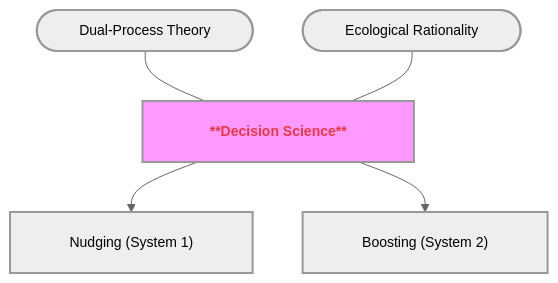
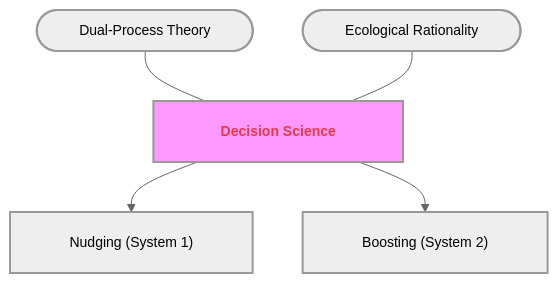
The fifth of 8 diagrams in Communication_Influence/Mastery_Guide_SOW_BS033.md (GM024/CourseSummaries), drawn with Mermaid before and after one commit. The commit also changed other lines of this file, not shown here.

Commit message:
Fix: Replace MD bold with HTML <b> for Mermaid compatibility

````diff
--- a/Communication_Influence/Mastery_Guide_SOW_BS033.md
+++ b/Communication_Influence/Mastery_Guide_SOW_BS033.md
@@ -171,14 +171,14 @@
 ```mermaid
 %%{init: { 'flowchart': { 'padding': 20, 'nodeSpacing': 50, 'rankSpacing': 50, 'useMaxWidth': false }, 'theme': 'neutral', 'themeVariables': { 'fontSize': '14px' }}}%%
 graph TD
-    Hub["&nbsp;&nbsp;&nbsp;&nbsp;&nbsp;&nbsp; <span style='color:#e63946'>**Decision Science**</span> &nbsp;&nbsp;&nbsp;&nbsp;&nbsp;&nbsp;"]:::hubNode
+    Hub["&nbsp;&nbsp;&nbsp;&nbsp;&nbsp;&nbsp; <span style='color:#e63946'><b>Decision Science</b></span> &nbsp;&nbsp;&nbsp;&nbsp;&nbsp;&nbsp;"]:::hubNode
     
     S1(["&nbsp;&nbsp;&nbsp;&nbsp;&nbsp;&nbsp; Dual-Process Theory &nbsp;&nbsp;&nbsp;&nbsp;&nbsp;&nbsp;"]) --- Hub
     S2(["&nbsp;&nbsp;&nbsp;&nbsp;&nbsp;&nbsp; Ecological Rationality &nbsp;&nbsp;&nbsp;&nbsp;&nbsp;&nbsp;"]) --- Hub
     
     Hub --> B1["&nbsp;&nbsp;&nbsp;&nbsp; Nudging (System 1) &nbsp;&nbsp;&nbsp;&nbsp;"]
     Hub --> B2["&nbsp;&nbsp;&nbsp;&nbsp; Boosting (System 2) &nbsp;&nbsp;&nbsp;&nbsp;"]
     
     classDef hubNode font-weight:bold,stroke-width:2px,fill:#f9f;
     classDef default stroke-width:2px;
 ```
````
